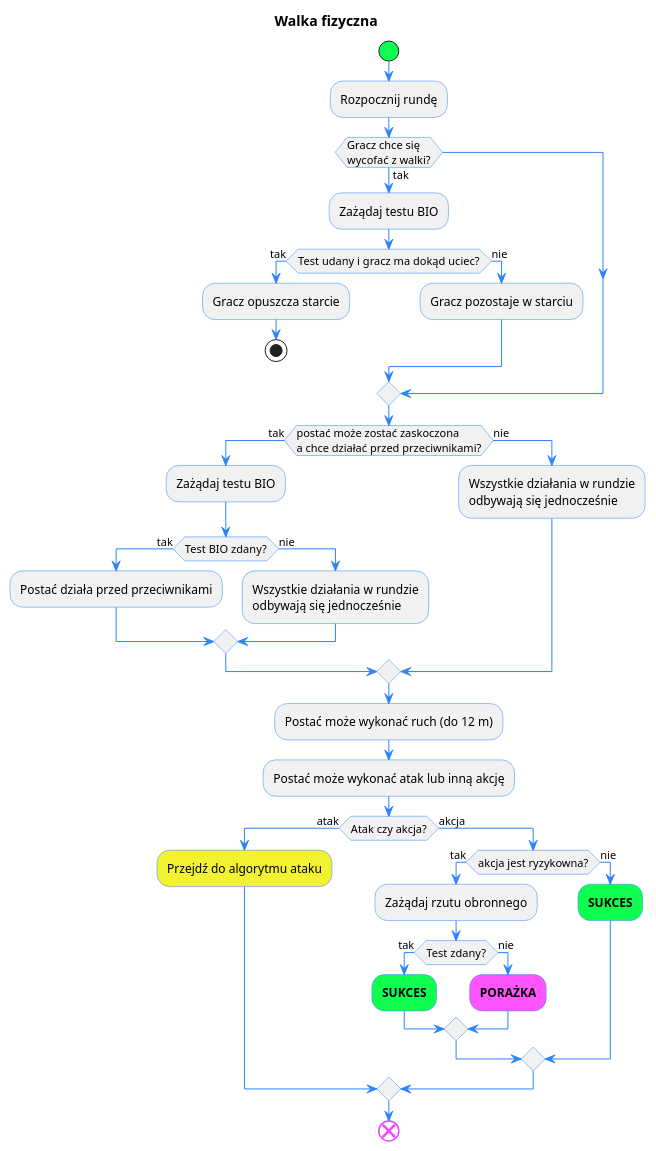
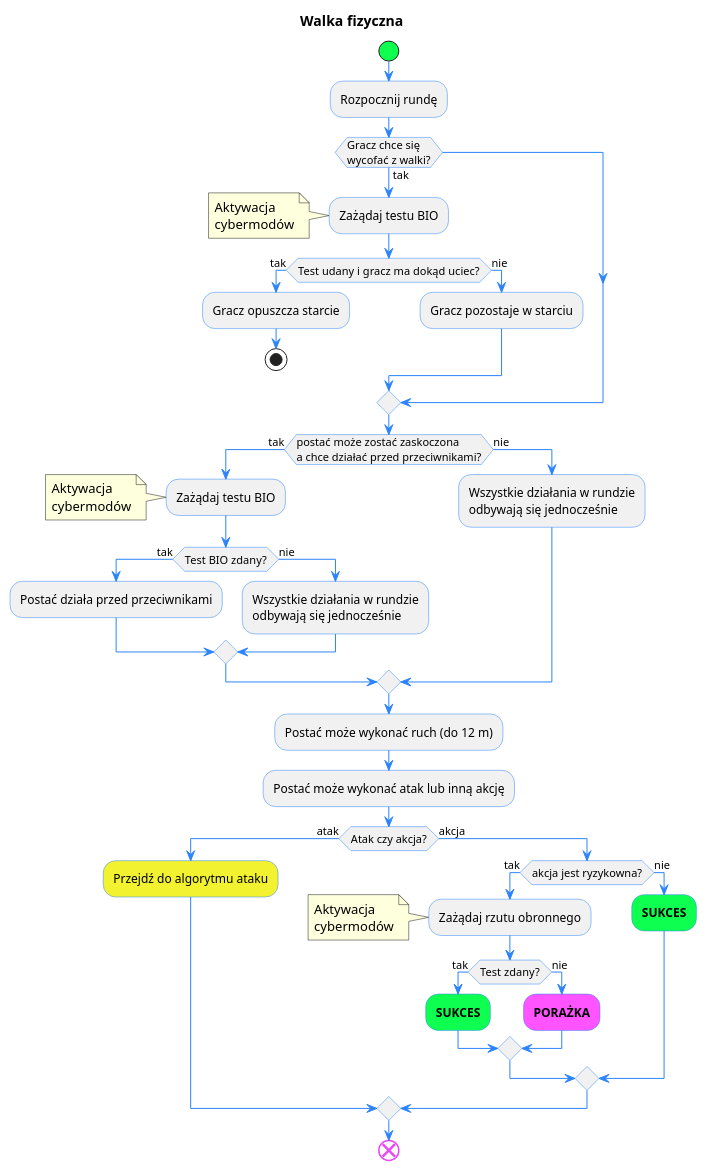
The second of 5 diagrams in docs/algorithms.plantuml (oswida/cyber), drawn with PlantUML before and after one commit. The commit also changed other lines of this file and 1 other file, not shown here.

```diff
--- a/docs/algorithms.plantuml
+++ b/docs/algorithms.plantuml
@@ -36,50 +45,66 @@
 @startuml "Walka fizyczna"
 title "Walka fizyczna"
 skinparam defaultFontName Oxanium
 skinparam activity {
   StartColor #0fff50
   BarColor #2c84fa
   EndColor #e949f5
   BorderColor #2c84fa
   ArrowColor #2c84fa
   FontName Oxanium
 }
 start
 :Rozpocznij rundę;
-if (Gracz chce się\nwycofać z walki?) then (tak)
+if (Gracz chce się
+wycofać z walki?) then (tak)
 :Zażądaj testu BIO;
+ note left
+   Aktywacja 
+   cybermodów
+ endnote
 if (Test udany i gracz ma dokąd uciec?) then (tak)
 :Gracz opuszcza starcie;
 stop
 else (nie)
 :Gracz pozostaje w starciu;
 endif
 endif
-if (postać może zostać zaskoczona\na chce działać przed przeciwnikami?) then (tak)
+if (postać może zostać zaskoczona
+a chce działać przed przeciwnikami?) then (tak)
   :Zażądaj testu BIO;
+  note left
+   Aktywacja 
+   cybermodów
+  endnote
   if (Test BIO zdany?) then (tak)
     :Postać działa przed przeciwnikami;
   else (nie)
-    :Wszystkie działania w rundzie\nodbywają się jednocześnie;
+    :Wszystkie działania w rundzie
+    odbywają się jednocześnie;
   endif
 else (nie)
-  :Wszystkie działania w rundzie\nodbywają się jednocześnie;
+  :Wszystkie działania w rundzie
+  odbywają się jednocześnie;
 endif
 :Postać może wykonać ruch (do 12 m);
 :Postać może wykonać atak lub inną akcję;
 if (Atak czy akcja?) then (atak)
 #f2f230 :Przejdź do algorytmu ataku;
 else (akcja)
   if (akcja jest ryzykowna?) then (tak)
     :Zażądaj rzutu obronnego;
+    note left
+      Aktywacja 
+      cybermodów
+    endnote
     if (Test zdany?) then (tak)
     #0fff50 :**SUKCES**;
     else (nie)
     #ff54ff:**PORAŻKA**;
     endif
   else (nie)
     #0fff50 :**SUKCES**;
   endif 
 endif
 end
 @enduml
```
